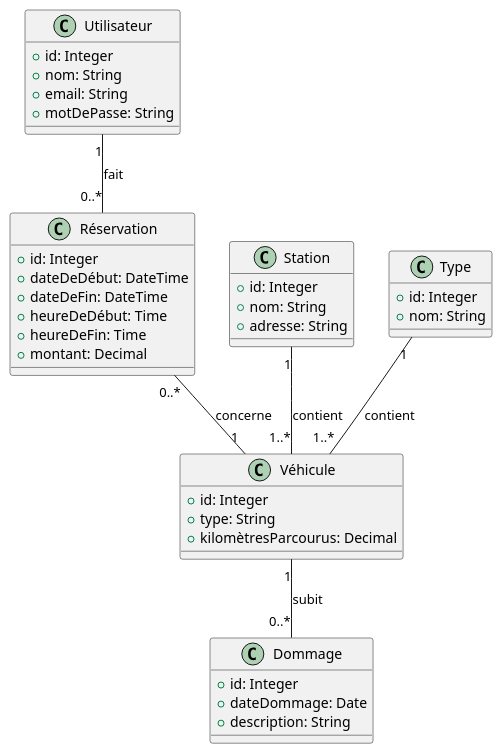
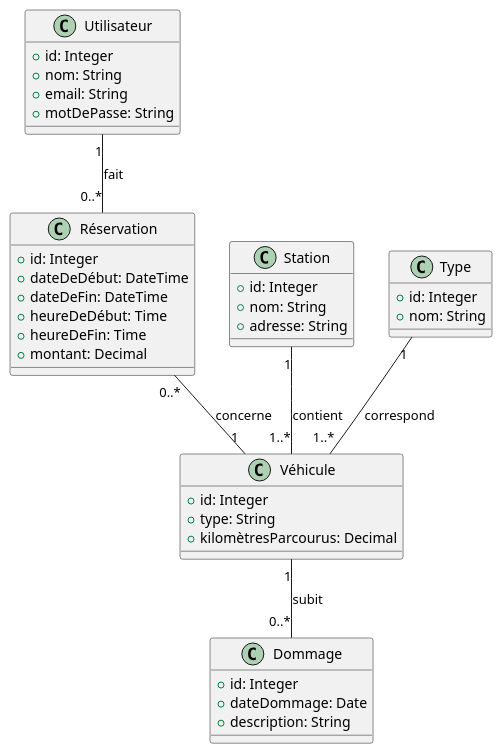
One commit to choquitofrito/ProjetDonneesBase changed the diagram in 01.cambioClasses.plantuml. Above: the diagram before and after it, drawn with PlantUML. The commit also changed 1 other file, not shown here.

```diff
--- a/01.cambioClasses.plantuml
+++ b/01.cambioClasses.plantuml
@@ -1,48 +1,48 @@
 @startuml
 
 class Utilisateur {
     +id: Integer
     +nom: String
     +email: String
     +motDePasse: String
 }
 
 class Réservation {
     +id: Integer
     +dateDeDébut: DateTime
     +dateDeFin: DateTime
     +heureDeDébut: Time
     +heureDeFin: Time
     +montant: Decimal
 }
 
 class Station {
     +id: Integer
     +nom: String
     +adresse: String
 }
 
 class Véhicule {
     +id: Integer
     +type: String
     +kilomètresParcourus: Decimal
 }
 
 class Dommage {
     +id: Integer
     +dateDommage: Date
     +description: String
 }
 
 class Type {
     +id: Integer
     +nom: String
 }
 
 Utilisateur "1" -- "0..*" Réservation : fait
 Réservation "0..*" -- "1" Véhicule : concerne
 Station "1" -- "1..*" Véhicule : contient 
-Type "1" -- "1..*" Véhicule : contient 
+Type "1" -- "1..*" Véhicule : correspond 
 Véhicule "1" -- "0..*" Dommage : subit 
 
 @enduml
```
